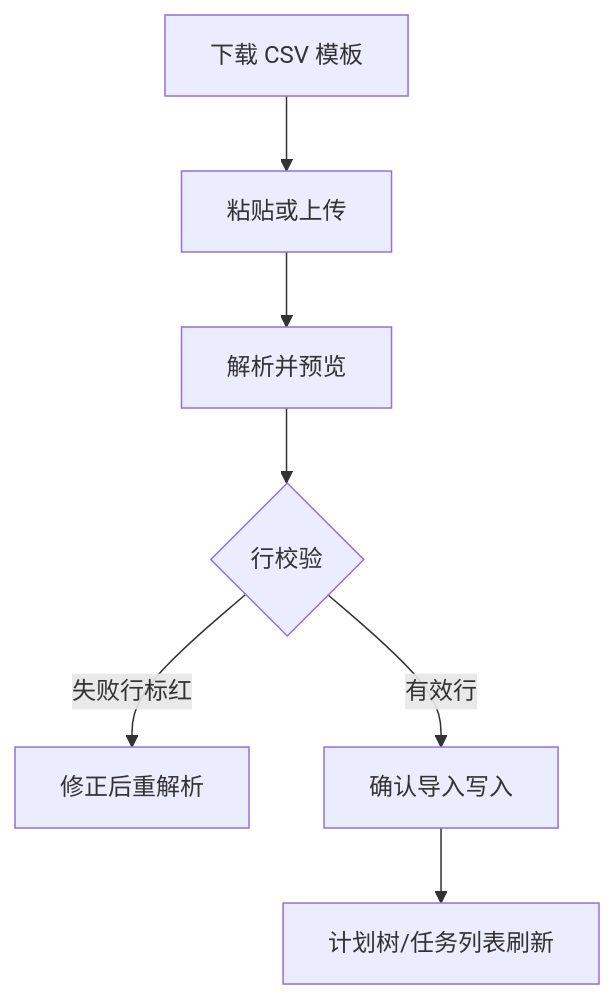
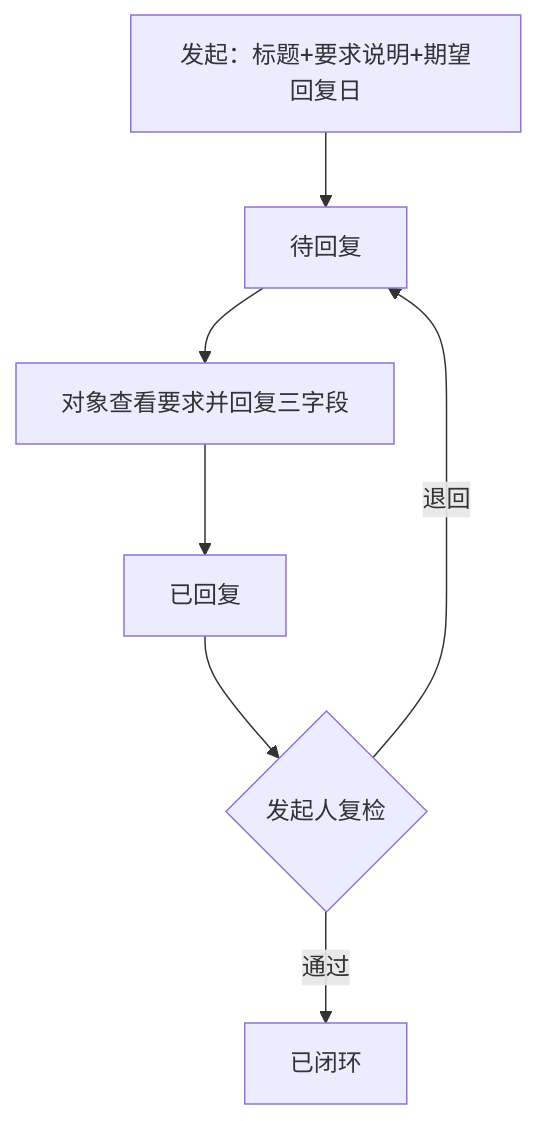
Before and after one commit to liaoliao66/BMS: the second of 2 diagrams in docs/versions/v4.0.0/prd.md, drawn with Mermaid. The commit also changed other lines of this file and 24 other files, not shown here.

````diff
--- a/docs/versions/v4.0.0/prd.md
+++ b/docs/versions/v4.0.0/prd.md
@@ -152,9 +186,9 @@
 ```mermaid
 flowchart TD
-  A[下载 CSV 模板] --> B[粘贴或上传]
-  B --> C[解析并预览]
-  C --> D{行校验}
-  D -->|失败行标红| E[修正后重解析]
-  D -->|有效行| F[确认导入写入]
-  F --> G[计划树/任务列表刷新]
+  A[发起：标题+要求说明+期望回复日] --> B[待回复]
+  B --> C[对象查看要求并回复三字段]
+  C --> D[已回复]
+  D --> E{发起人复检}
+  E -->|通过| F[已闭环]
+  E -->|退回| B
 ```
````
